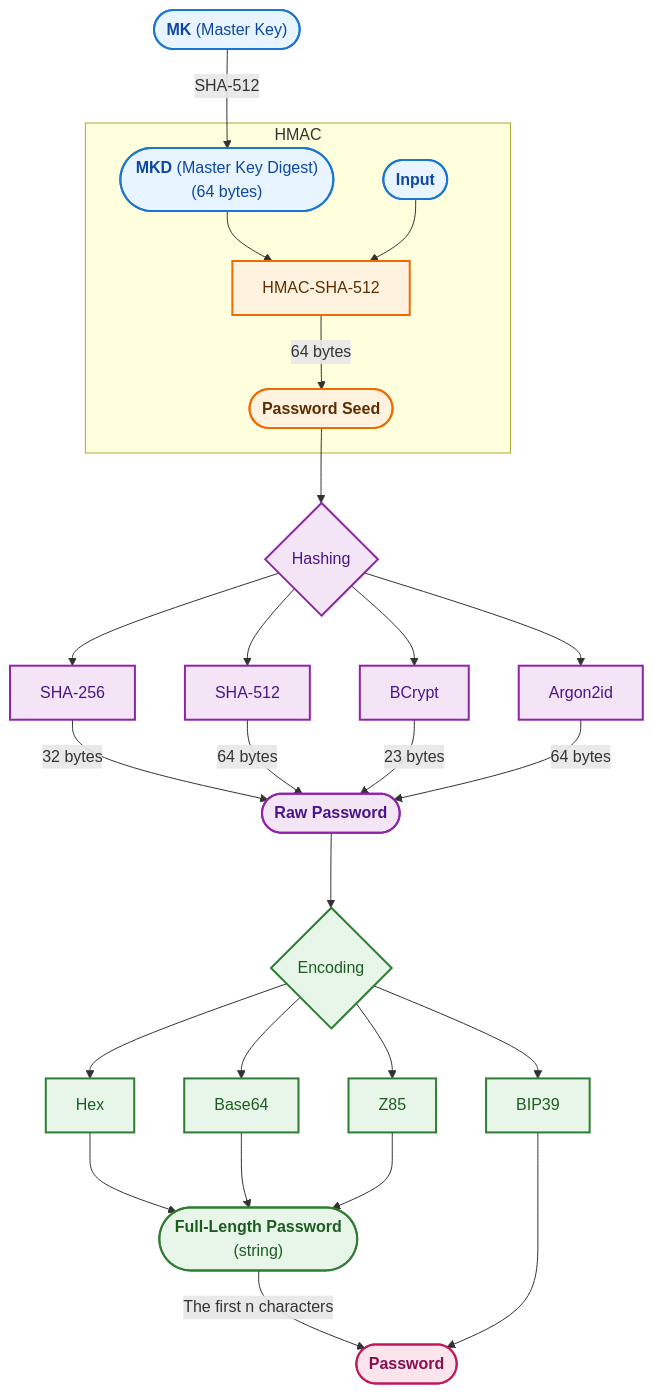
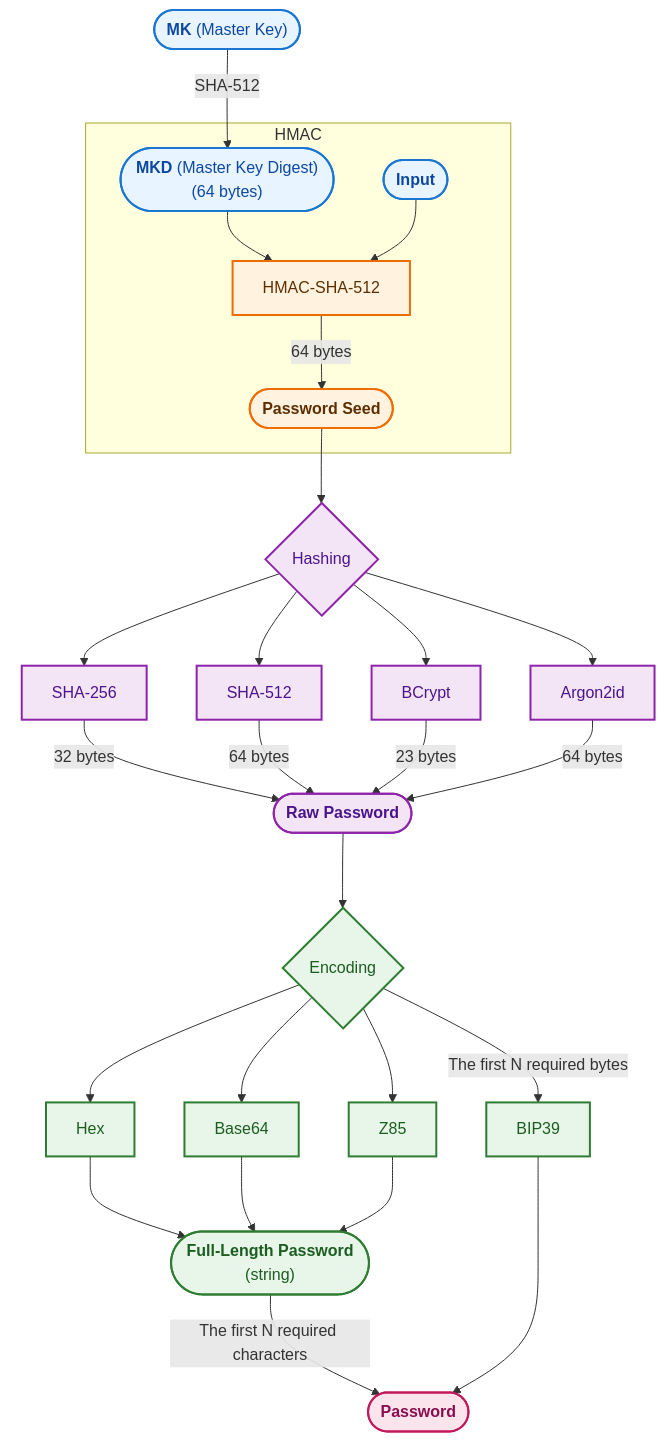
The diagram in README.md (nasiri97/PassGen), drawn with Mermaid before and after one commit.

Commit message:
Edit diagram of readme file

````diff
--- a/README.md
+++ b/README.md
@@ -27,74 +27,74 @@
 ```mermaid
 flowchart TD
 %% ─────────────────────────────────────────────
 %% Key Derivation / Authentication
 %% ─────────────────────────────────────────────
 
     MK(["<b>MK</b> (Master Key)"]) -->|SHA-512| MKD(["<b>MKD</b> (Master Key Digest)<br/>(64 bytes)"])
 
     subgraph HMAC_STAGE["HMAC"]
         MKD --> HMAC["HMAC-SHA-512"]
         IN(["<b>Input</b>"]) --> HMAC
 
         HMAC -->|64 bytes| HASH(["<b>Password Seed</b>"])
     end
 
 
 %% ─────────────────────────────────────────────
 %% Password Hashing / KDF
 %% ─────────────────────────────────────────────
 
     HASH --> ALG{"Hashing"}
 
     ALG --> SHA256["SHA-256"]
     ALG --> SHA512["SHA-512"]
     ALG --> BCRYPT["BCrypt"]
     ALG --> ARGON["Argon2id"]
 
     SHA256 -->|32 bytes| RAW(["<b>Raw Password</b>"])
     SHA512 -->|64 bytes| RAW
     BCRYPT -->|23 bytes| RAW
     ARGON -->|64 bytes| RAW
 
 %% ─────────────────────────────────────────────
 %% Encoding
 %% ─────────────────────────────────────────────
 
     RAW --> ENC{"Encoding"}
 
     subgraph InvisibleGroup
         ENC --> HEX["Hex"]
         ENC --> BASE64["Base64"]
         ENC --> Z85["Z85"]
-        ENC --> BIP39["BIP39"]
+        ENC -->|The first N required bytes| BIP39["BIP39"]
     end
 
     HEX --> STR(["<b>Full-Length Password</b><br/>(string)"])
     BASE64 --> STR
     Z85 --> STR
 
 %% ─────────────────────────────────────────────
 %% Final Output
 %% ─────────────────────────────────────────────
 
-    STR -->|The first n characters| OUT(["<b>Password</b>"])
+    STR -->|The first N required characters| OUT(["<b>Password</b>"])
     BIP39 --> OUT
 
 %% ─────────────────────────────────────────────
 %% Styling
 %% ─────────────────────────────────────────────
 
     classDef input fill:#e8f4ff,stroke:#1976d2,stroke-width:2px,color:#0d47a1
     classDef crypto fill:#fff3e0,stroke:#ef6c00,stroke-width:2px,color:#5d2f00
     classDef algorithm fill:#f3e5f5,stroke:#8e24aa,stroke-width:2px,color:#4a148c
     classDef encoding fill:#e8f5e9,stroke:#2e7d32,stroke-width:2px,color:#1b5e20
     classDef output fill:#fce4ec,stroke:#c2185b,stroke-width:2px,color:#880e4f
 
     class MK,MKD,IN input
     class HMAC,HASH crypto
     class ALG,SHA256,SHA512,BCRYPT,ARGON,RAW algorithm
     class ENC,HEX,BASE64,Z85,STR,BIP39 encoding
     class OUT output
 
     style InvisibleGroup fill:transparent,stroke:transparent,color:transparent
 ```
````
